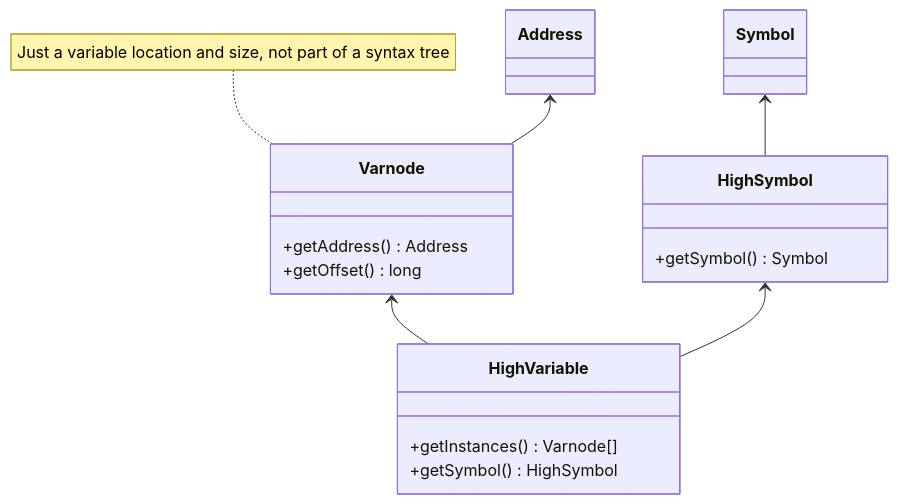
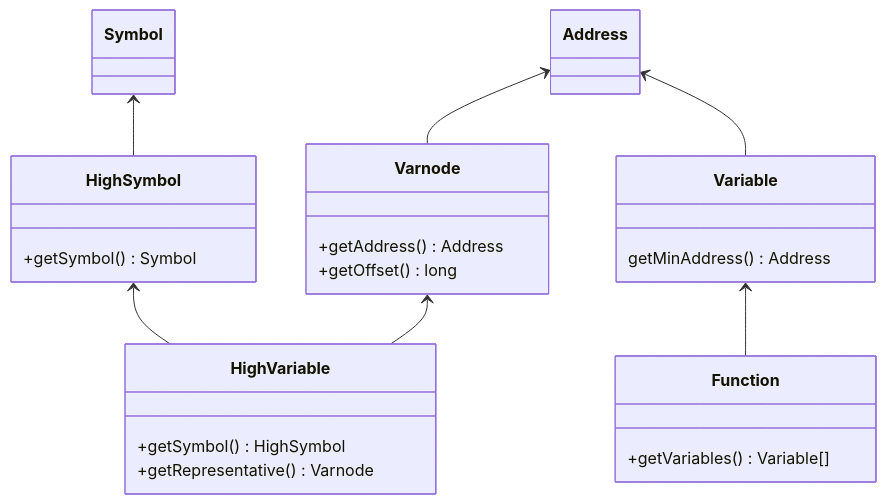
Before and after one commit to v-p-b/ghidra-cheat-sheet: the third of 3 diagrams in docs/decompiler/type-hierarchy.md, drawn with Mermaid. The commit also changed other lines of this file and 2 other files, not shown here.

````diff
--- a/docs/decompiler/type-hierarchy.md
+++ b/docs/decompiler/type-hierarchy.md
@@ -62,20 +62,28 @@
 ```mermaid
 classDiagram
   class Varnode {
     +getAddress() Address
     +getOffset() long
   }
-  note for Varnode "Just a variable location and size, not part of a syntax tree"
   class HighSymbol {
     +getSymbol() Symbol
   }
   class HighVariable{
-    +getInstances() Varnode[]
     +getSymbol() HighSymbol
+    +getRepresentative() Varnode
   }
   Varnode <-- HighVariable
   HighSymbol <-- HighVariable
   Symbol <-- HighSymbol
   Address <-- Varnode
+  class Function{
+    +getVariables() Variable[]
+  }
+  class Variable{
+    getMinAddress() Address
+  }
+  Address <-- Variable
+  Variable <-- Function
+
 
 ```
````
